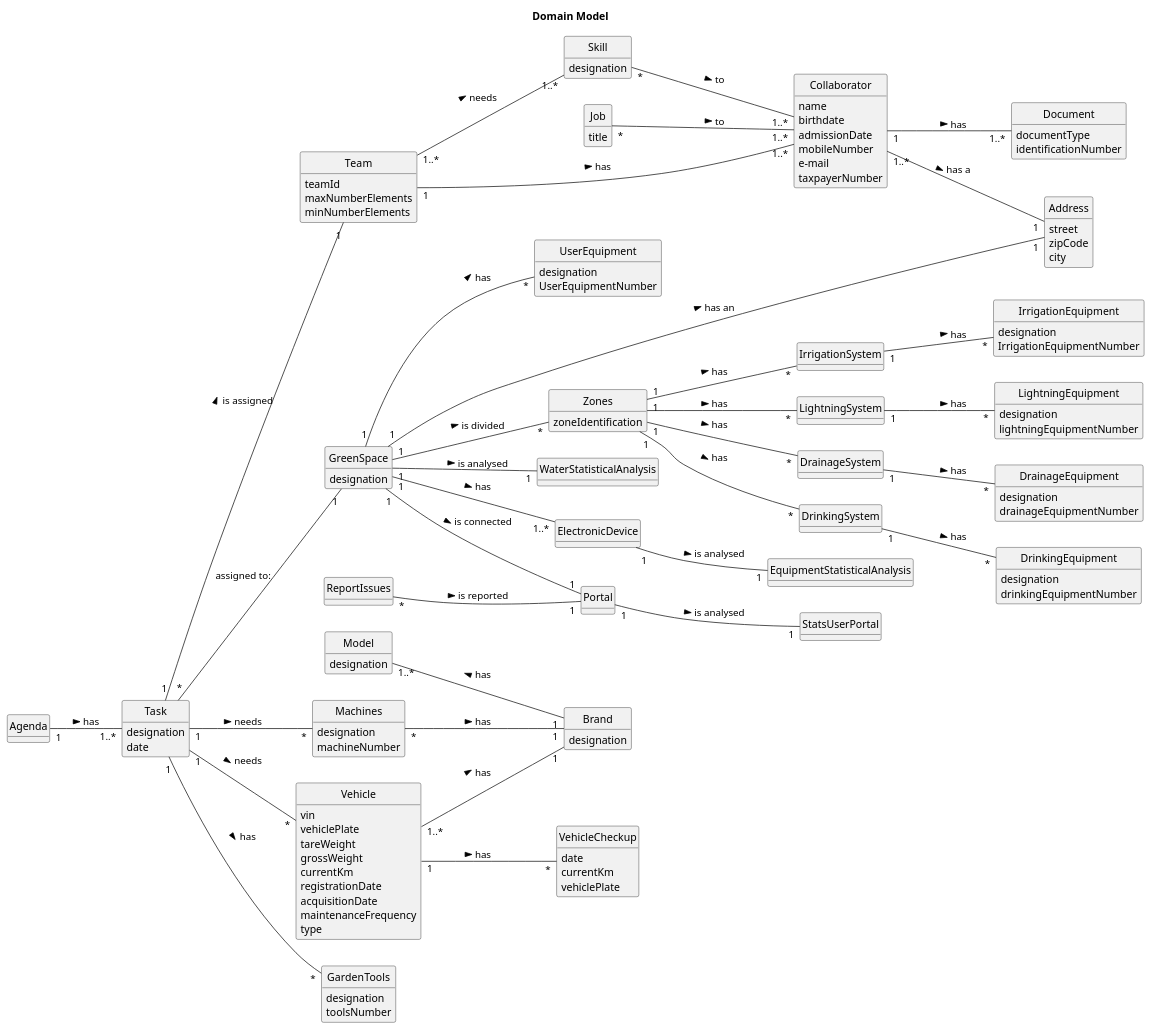
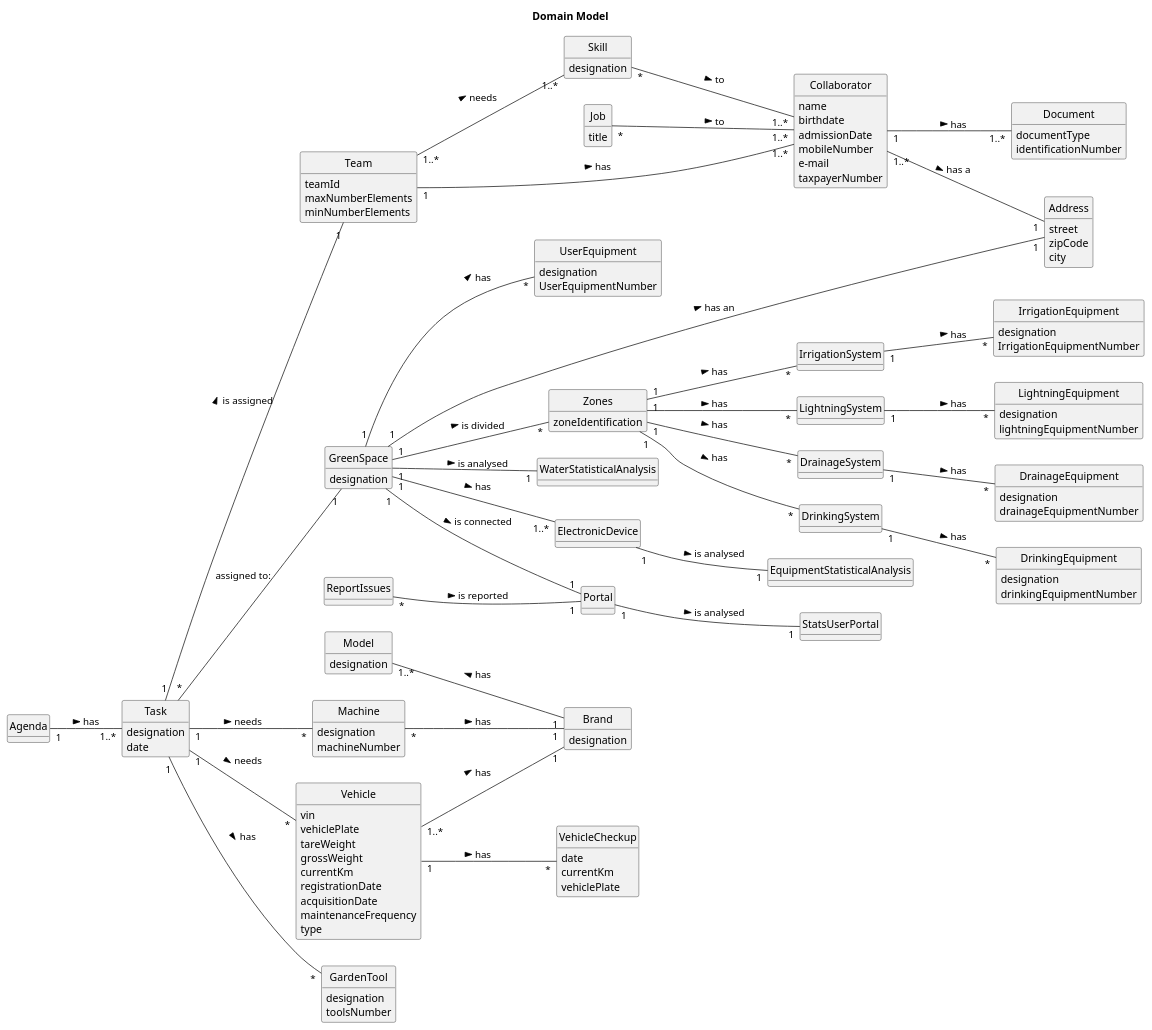
Before and after one commit to ricardomm7/leaflink: the diagram in docs/sprintB/global-artifacts/02.analysis/puml/project-domain-model.puml, drawn with PlantUML. The commit also changed 2 other files, not shown here.

Commit message:
Update analysis documentation and UML diagrams for domain model enhancements; Introduce Brand and Model relationships to Vehicles; Refine Task associations and equipment categorizations in global artifacts and US007 domain models.

```diff
--- a/docs/sprintB/global-artifacts/02.analysis/puml/project-domain-model.puml
+++ b/docs/sprintB/global-artifacts/02.analysis/puml/project-domain-model.puml
@@ -92,12 +92,12 @@
     date
 }
 
-class Machines{
+class Machine{
     designation
     machineNumber
 }
 
-class GardenTools{
+class GardenTool{
     designation
     toolsNumber
 }
@@ -200,13 +200,13 @@
 
 Task "1" -- "*" Vehicle : needs >
 
-Task "1" --"*" Machines: needs >
+Task "1" --"*" Machine: needs >
 
-Machines "*" -- "1" Brand: has >
+Machine "*" -- "1" Brand: has >
 
 Task "1" -- "1" Team : is assigned >
 
-Task "1" -- "*" GardenTools : has >
+Task "1" -- "*" GardenTool : has >
 
 Task "*" -- "1" GreenSpace: assigned to:
 
```
